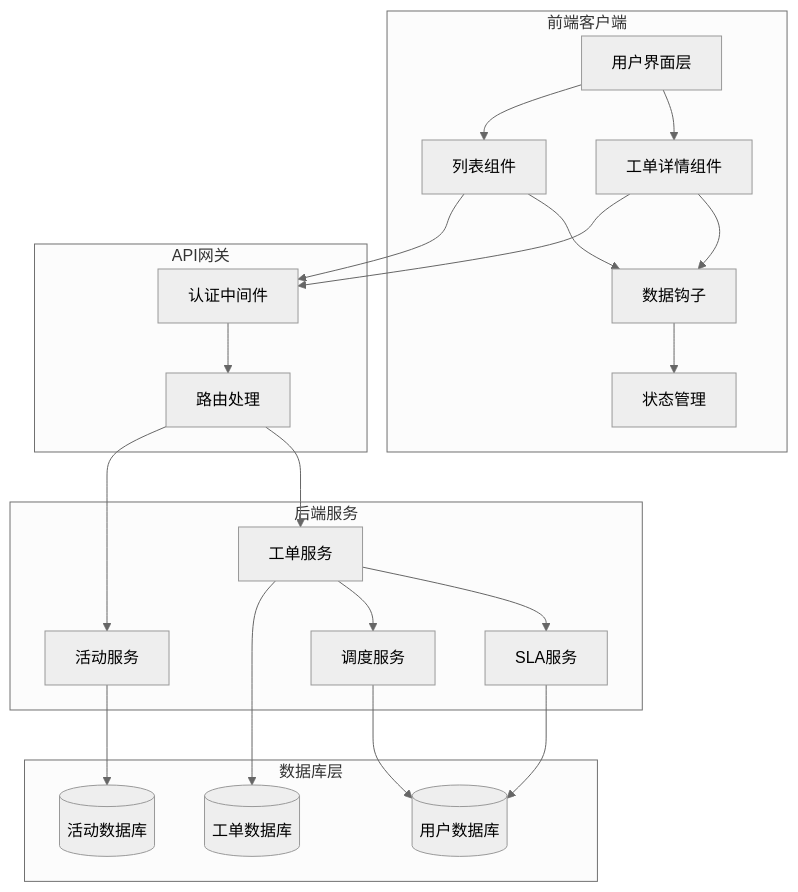
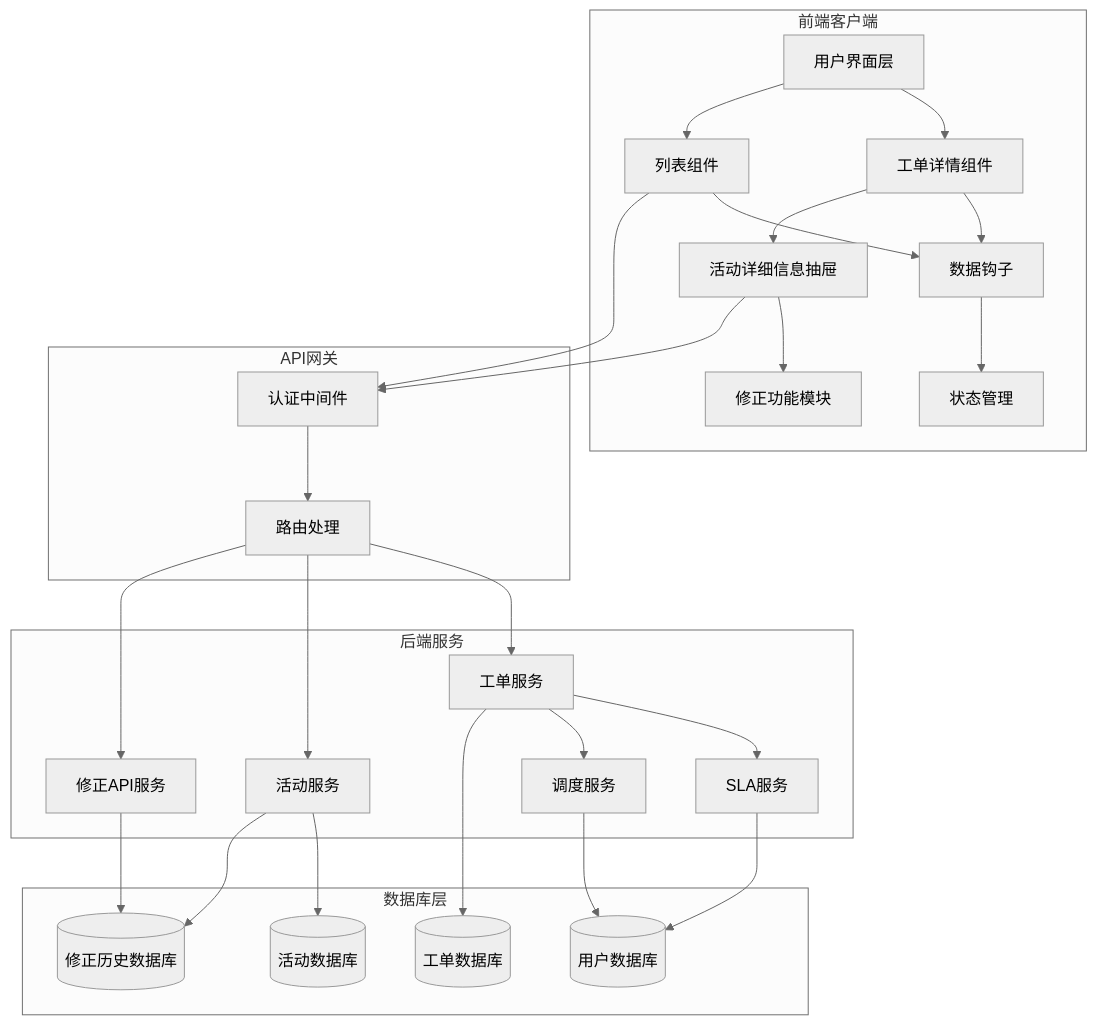
Before and after one commit to CubeEdge/Longhorn: the first of 12 diagrams in .qoder/repowiki/zh/content/Ticket Detail System/Ticket Detail System.md, drawn with Mermaid (neutral theme). The commit also changed other lines of this file and 26 other files, not shown here.

````diff
--- a/.qoder/repowiki/zh/content/Ticket Detail System/Ticket Detail System.md
+++ b/.qoder/repowiki/zh/content/Ticket Detail System/Ticket Detail System.md
@@ -36,41 +46,50 @@
 ```mermaid
 graph TB
 subgraph "前端客户端"
 UI[用户界面层]
 Detail[工单详情组件]
 List[列表组件]
 Hooks[数据钩子]
 Store[状态管理]
+Drawer[活动详细信息抽屉]
+Correction[修正功能模块]
 end
 subgraph "API网关"
 Auth[认证中间件]
 Routes[路由处理]
 end
 subgraph "后端服务"
 Tickets[工单服务]
 Activities[活动服务]
 SLA[SLA服务]
 Dispatch[调度服务]
+CorrectionAPI[修正API服务]
 end
 subgraph "数据库层"
 TicketDB[(工单数据库)]
 ActivityDB[(活动数据库)]
 UserDB[(用户数据库)]
+CorrectionDB[(修正历史数据库)]
 end
 UI --> Detail
 UI --> List
 Detail --> Hooks
 List --> Hooks
 Hooks --> Store
-Detail --> Auth
+Detail --> Drawer
+Drawer --> Correction
+Drawer --> Auth
 List --> Auth
 Auth --> Routes
 Routes --> Tickets
 Routes --> Activities
+Routes --> CorrectionAPI
 Tickets --> SLA
 Tickets --> Dispatch
 Tickets --> TicketDB
 Activities --> ActivityDB
+Activities --> CorrectionDB
 SLA --> UserDB
 Dispatch --> UserDB
+CorrectionAPI --> CorrectionDB
 ```
````
